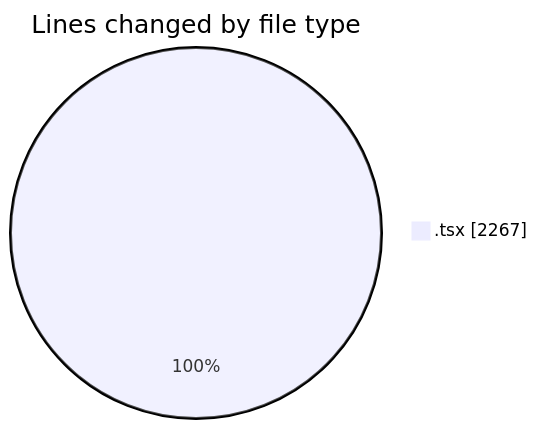
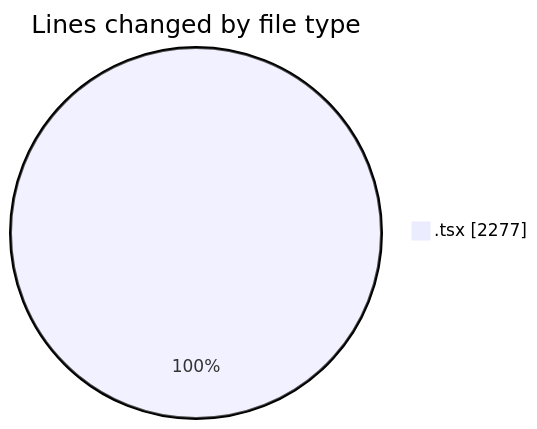
The first of 2 diagrams in 2026-02-22/nxtqube_webapp/README.md (nxtqubesakshisongat/code-tracking), drawn with Mermaid before and after one commit. The commit also changed other lines of this file and 1 other file, not shown here.

````diff
--- a/2026-02-22/nxtqube_webapp/README.md
+++ b/2026-02-22/nxtqube_webapp/README.md
@@ -20,5 +20,5 @@
 ```mermaid
 pie showData
 title Lines changed by file type
-".tsx" : 2267
+".tsx" : 2277
 ```
````
